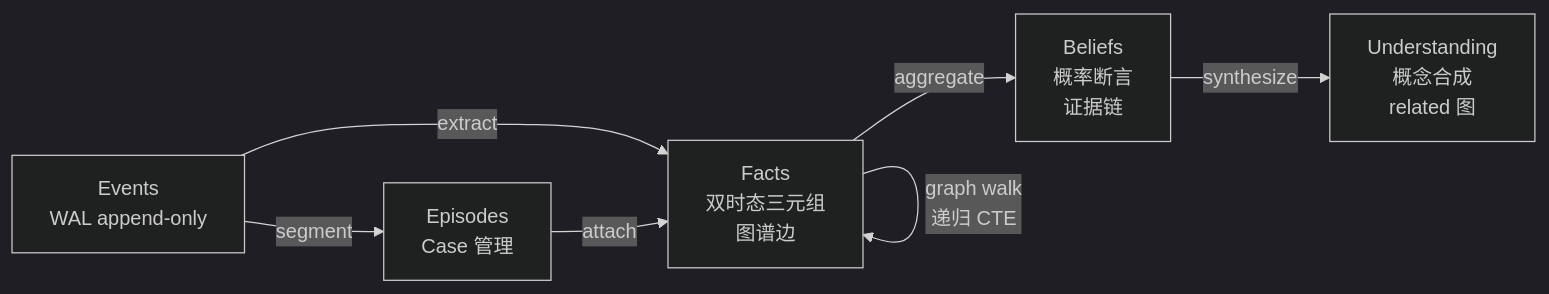
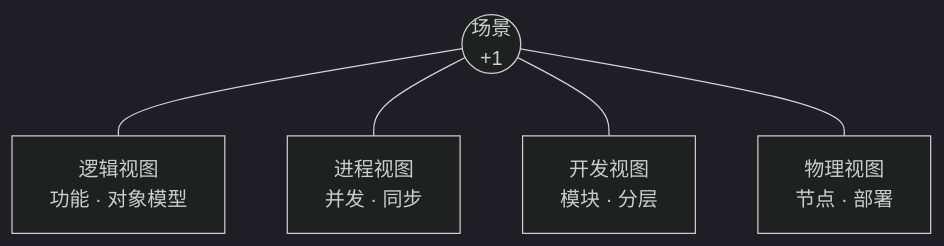
The first of 9 diagrams in source/chapters/23-architecture-diagrams.md (pty819/cortex-py-book), drawn with Mermaid (dark theme) before and after one commit. The commit also changed other lines of this file, not shown here.

First line of the commit message:
docs(ch23): 按 Kruchten 1995 标准 4+1 重写架构视图章

````diff
--- a/source/chapters/23-architecture-diagrams.md
+++ b/source/chapters/23-architecture-diagrams.md
@@ -159,9 +19,12 @@
 ```{mermaid}
-graph LR
-    E["Events<br/>WAL append-only"] -->|extract| F["Facts<br/>双时态三元组<br/>图谱边"]
-    E -->|segment| EP["Episodes<br/>Case 管理"]
-    EP -->|attach| F
-    F -->|aggregate| B["Beliefs<br/>概率断言<br/>证据链"]
-    B -->|synthesize| U["Understanding<br/>概念合成<br/>related 图"]
-    F -->|graph walk<br/>递归 CTE| F
+graph TB
+    LOG["逻辑视图<br/>功能 · 对象模型"]
+    PROC["进程视图<br/>并发 · 同步"]
+    DEV["开发视图<br/>模块 · 分层"]
+    PHYS["物理视图<br/>节点 · 部署"]
+    SCEN(("场景<br/>+1"))
+    SCEN --- LOG
+    SCEN --- PROC
+    SCEN --- DEV
+    SCEN --- PHYS
 ```
````
